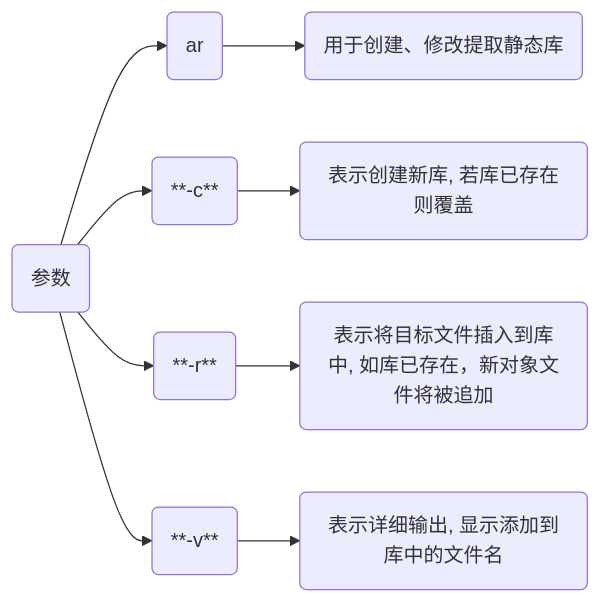
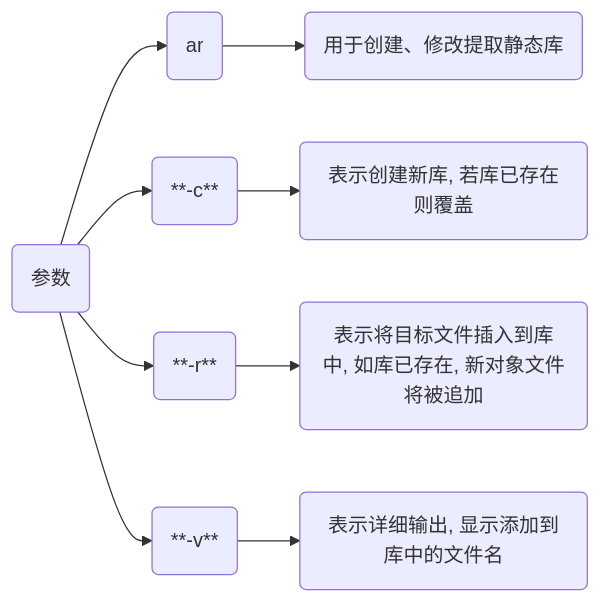
One commit to dmjcb/SelfBlog changed the diagram in Language/C&C++/Library/静态库.md. Above: the diagram before and after it, drawn with Mermaid. The commit also changed 29 other files, not shown here.

````diff
--- a/Language/C&C++/Library/静态库.md
+++ b/Language/C&C++/Library/静态库.md
@@ -60,8 +60,8 @@
 ```mermaid
 graph LR;
     X(参数)
     X --> A(ar) --> A1(用于创建、修改提取静态库)
     X --> B(**-c**) --> B1(表示创建新库, 若库已存在则覆盖)
-    X --> C(**-r**) --> C1(表示将目标文件插入到库中, 如库已存在，新对象文件将被追加)
+    X --> C(**-r**) --> C1(表示将目标文件插入到库中, 如库已存在, 新对象文件将被追加)
     X --> D(**-v**) --> D1(表示详细输出, 显示添加到库中的文件名)
 ```
````
